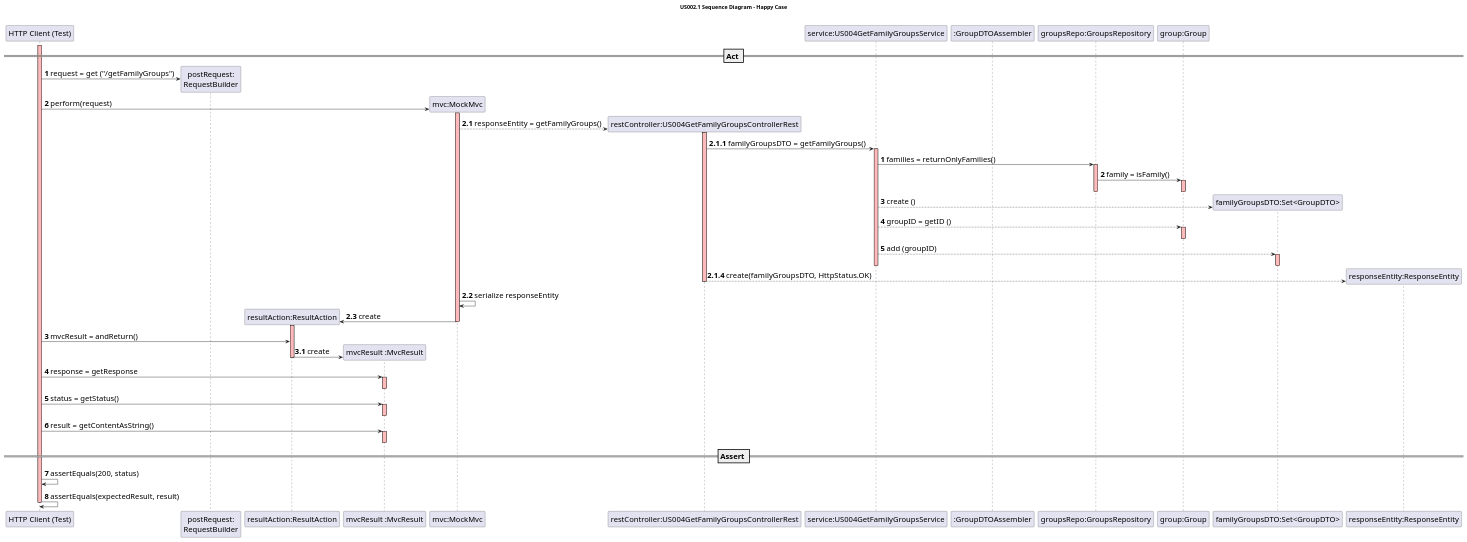
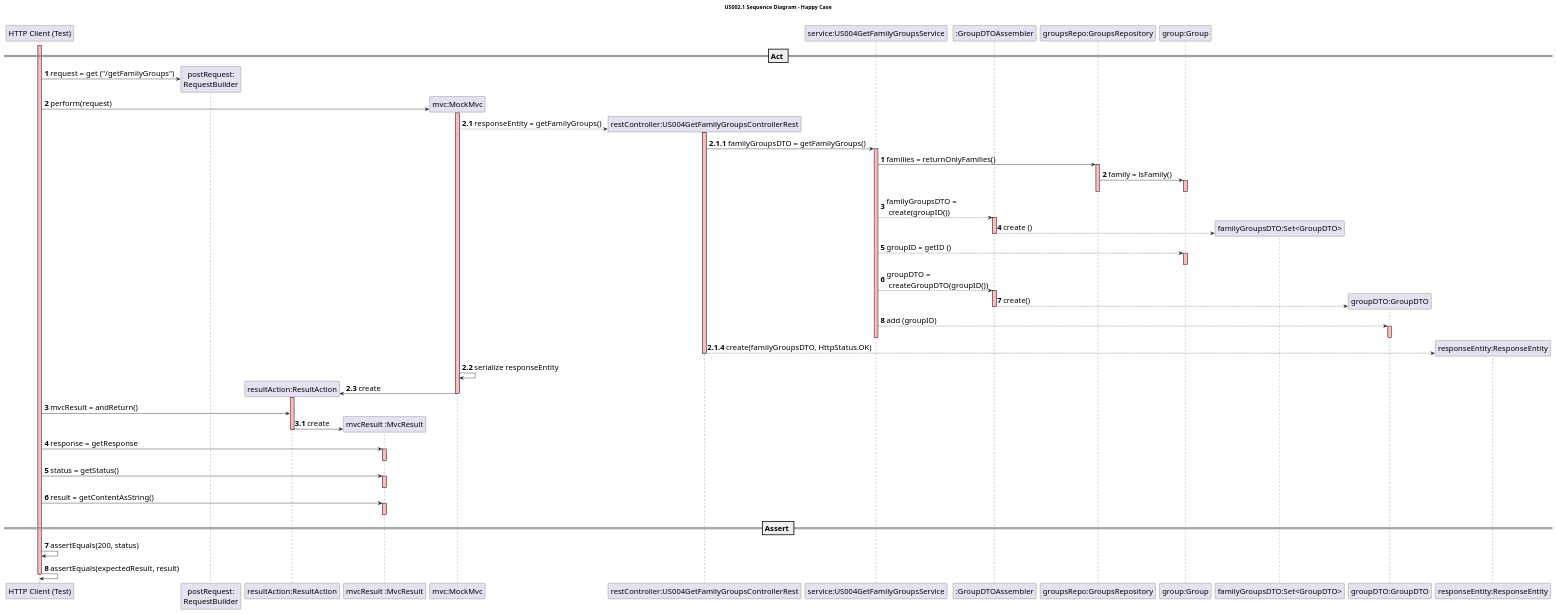
The diagram in src/main/java/switch2019/project/controllerLayer/rest/US004GetFamilyGroupsControllerRest.puml (mleitaoribeiro/DevOpsMaven), drawn with PlantUML before and after one commit.

Commit message:
ref#854 Sprint 5 - US003 - Sequence Diagram for restController - correct

```diff
--- a/src/main/java/switch2019/project/controllerLayer/rest/US004GetFamilyGroupsControllerRest.puml
+++ b/src/main/java/switch2019/project/controllerLayer/rest/US004GetFamilyGroupsControllerRest.puml
@@ -1,106 +1,115 @@
 @startuml
 
 skinparam DefaultFontSize 20
 
 title US002.1 Sequence Diagram - Happy Case
 
 participant "HTTP Client (Test)"
 participant "postRequest:\nRequestBuilder"
 participant "resultAction:ResultAction"
 participant "mvcResult :MvcResult"
 participant "mvc:MockMvc"
 participant "restController:US004GetFamilyGroupsControllerRest"
 participant "service:US004GetFamilyGroupsService"
 participant ":GroupDTOAssembler"
 participant "groupsRepo:GroupsRepository"
 
 
 autonumber
 activate "HTTP Client (Test)" #FFBBBB
 
 == Act ==
 
 create "postRequest:\nRequestBuilder"
 "HTTP Client (Test)" -> "postRequest:\nRequestBuilder" : request = get ("/getFamilyGroups")
 create "mvc:MockMvc"
 "HTTP Client (Test)" -> "mvc:MockMvc" : perform(request)
 activate "mvc:MockMvc"  #FFBBBB
 
 autonumber 2.1
 create "restController:US004GetFamilyGroupsControllerRest"
 "mvc:MockMvc"-->"restController:US004GetFamilyGroupsControllerRest" :responseEntity = getFamilyGroups()
 
 autonumber 2.1.1
 activate "restController:US004GetFamilyGroupsControllerRest" #FFBBBB
 "restController:US004GetFamilyGroupsControllerRest" -> "service:US004GetFamilyGroupsService": familyGroupsDTO = getFamilyGroups()
 activate "service:US004GetFamilyGroupsService" #FFBBBB
 
 autonumber
 "service:US004GetFamilyGroupsService" -> "groupsRepo:GroupsRepository" : families = returnOnlyFamilies()
 activate "groupsRepo:GroupsRepository" #FFBBBB
 
 participant "group:Group"
 
 
 
 
 "groupsRepo:GroupsRepository" -> "group:Group" : family = isFamily()
 activate "group:Group" #FFBBBB
 deactivate "group:Group"
 deactivate "groupsRepo:GroupsRepository"
+"service:US004GetFamilyGroupsService" --> ":GroupDTOAssembler" : familyGroupsDTO = \n create(groupID())
+activate ":GroupDTOAssembler" #FFBBBB
 create "familyGroupsDTO:Set<GroupDTO>"
-"service:US004GetFamilyGroupsService" --> "familyGroupsDTO:Set<GroupDTO>" : create ()
+":GroupDTOAssembler" --> "familyGroupsDTO:Set<GroupDTO>" : create ()
+deactivate ":GroupDTOAssembler" #FFBBBB
 "service:US004GetFamilyGroupsService" --> "group:Group" : groupID = getID ()
 activate "group:Group" #FFBBBB
 deactivate "group:Group"
-"service:US004GetFamilyGroupsService" --> "familyGroupsDTO:Set<GroupDTO>" : add (groupID)
+"service:US004GetFamilyGroupsService" --> ":GroupDTOAssembler" : groupDTO = \n createGroupDTO(groupID())
 
-activate "familyGroupsDTO:Set<GroupDTO>" #FFBBBB
-deactivate "familyGroupsDTO:Set<GroupDTO>" #FFBBBB
+activate ":GroupDTOAssembler" #FFBBBB
+create "groupDTO:GroupDTO"
+":GroupDTOAssembler" --> "groupDTO:GroupDTO" :create()
+deactivate ":GroupDTOAssembler" #FFBBBB
+"service:US004GetFamilyGroupsService" --> "groupDTO:GroupDTO" : add (groupID)
+
+activate "groupDTO:GroupDTO" #FFBBBB
+deactivate "groupDTO:GroupDTO" #FFBBBB
 
 deactivate "service:US004GetFamilyGroupsService"
 
 
 autonumber 2.1.4
 create "responseEntity:ResponseEntity"
 "restController:US004GetFamilyGroupsControllerRest" --> "responseEntity:ResponseEntity": create(familyGroupsDTO, HttpStatus.OK)
 
 deactivate "restController:US004GetFamilyGroupsControllerRest"
 
 autonumber 2.2
 "mvc:MockMvc" -> "mvc:MockMvc": serialize responseEntity
 
 autonumber 2.3
 create "resultAction:ResultAction"
 "mvc:MockMvc" -> "resultAction:ResultAction" : create
 activate "resultAction:ResultAction" #FFBBBB
 deactivate "mvc:MockMvc"
 
 autonumber 3
 
 "HTTP Client (Test)" -> "resultAction:ResultAction" : mvcResult = andReturn()
 
 create "mvcResult :MvcResult"
 autonumber 3.1
 "resultAction:ResultAction" -> "mvcResult :MvcResult" : create
 deactivate "resultAction:ResultAction"
 
 autonumber 4
 "HTTP Client (Test)" -> "mvcResult :MvcResult" : response = getResponse
 activate "mvcResult :MvcResult" #FFBBBB
 deactivate "mvcResult :MvcResult"
 
 "HTTP Client (Test)" -> "mvcResult :MvcResult" : status = getStatus()
 activate "mvcResult :MvcResult" #FFBBBB
 deactivate "mvcResult :MvcResult"
 
 "HTTP Client (Test)" -> "mvcResult :MvcResult" : result = getContentAsString()
 activate "mvcResult :MvcResult" #FFBBBB
 deactivate "mvcResult :MvcResult"
 
 == Assert ==
 "HTTP Client (Test)" -> "HTTP Client (Test)" : assertEquals(200, status)
 "HTTP Client (Test)" -> "HTTP Client (Test)" : assertEquals(expectedResult, result)
 deactivate "HTTP Client (Test)"
 
 @enduml
```
